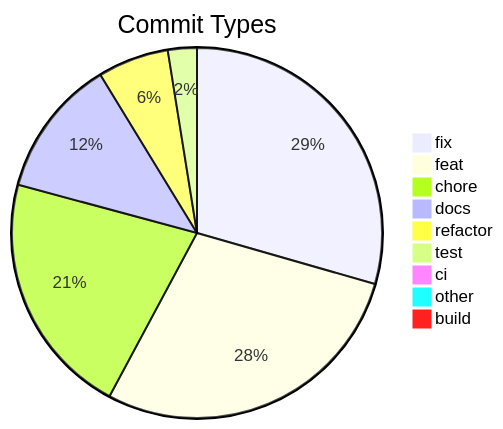
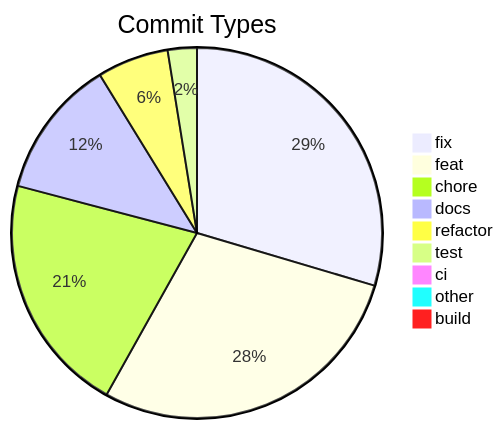
Before and after one commit to svenroth-ai/shipwright: the diagram in .shipwright/compliance/change-history.md, drawn with Mermaid. The commit also changed other lines of this file and 31 other files, not shown here.

````diff
--- a/.shipwright/compliance/change-history.md
+++ b/.shipwright/compliance/change-history.md
@@ -10,12 +10,12 @@
 ```mermaid
 pie title Commit Types
     "fix" : 361
     "feat" : 348
-    "chore" : 262
+    "chore" : 256
     "docs" : 148
     "refactor" : 76
     "test" : 31
     "ci" : 11
     "other" : 9
     "build" : 1
 ```
````
